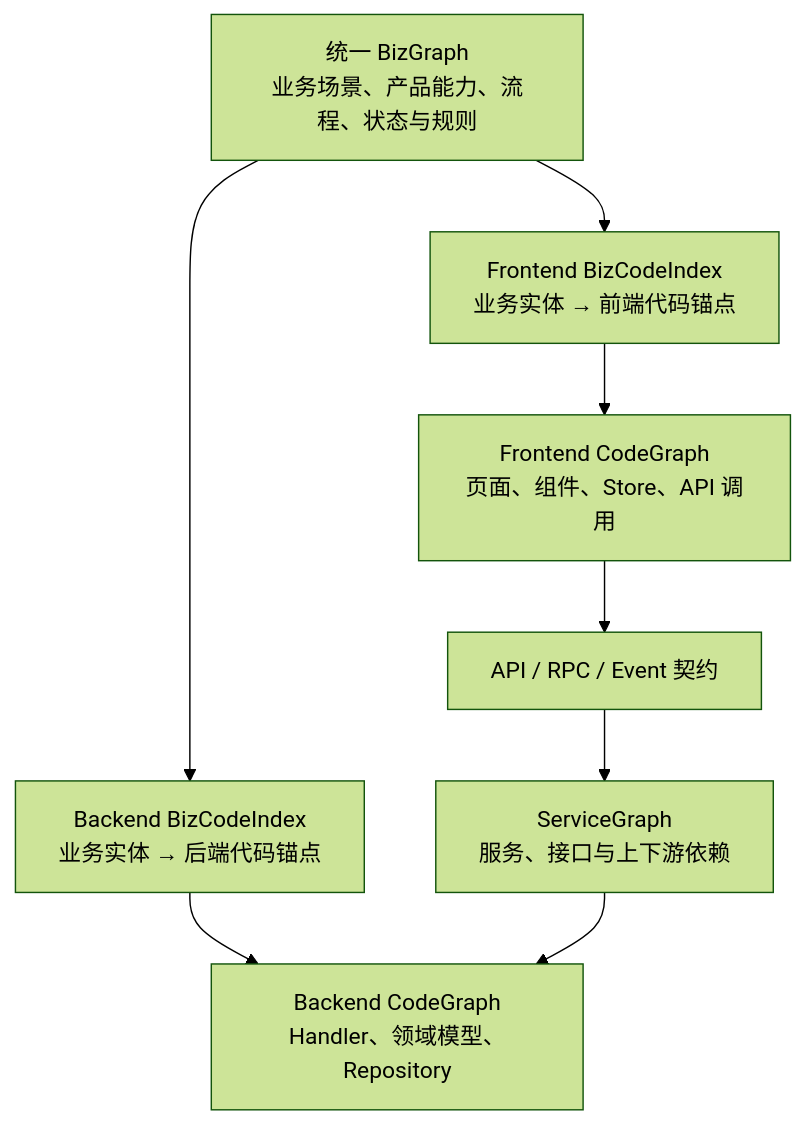
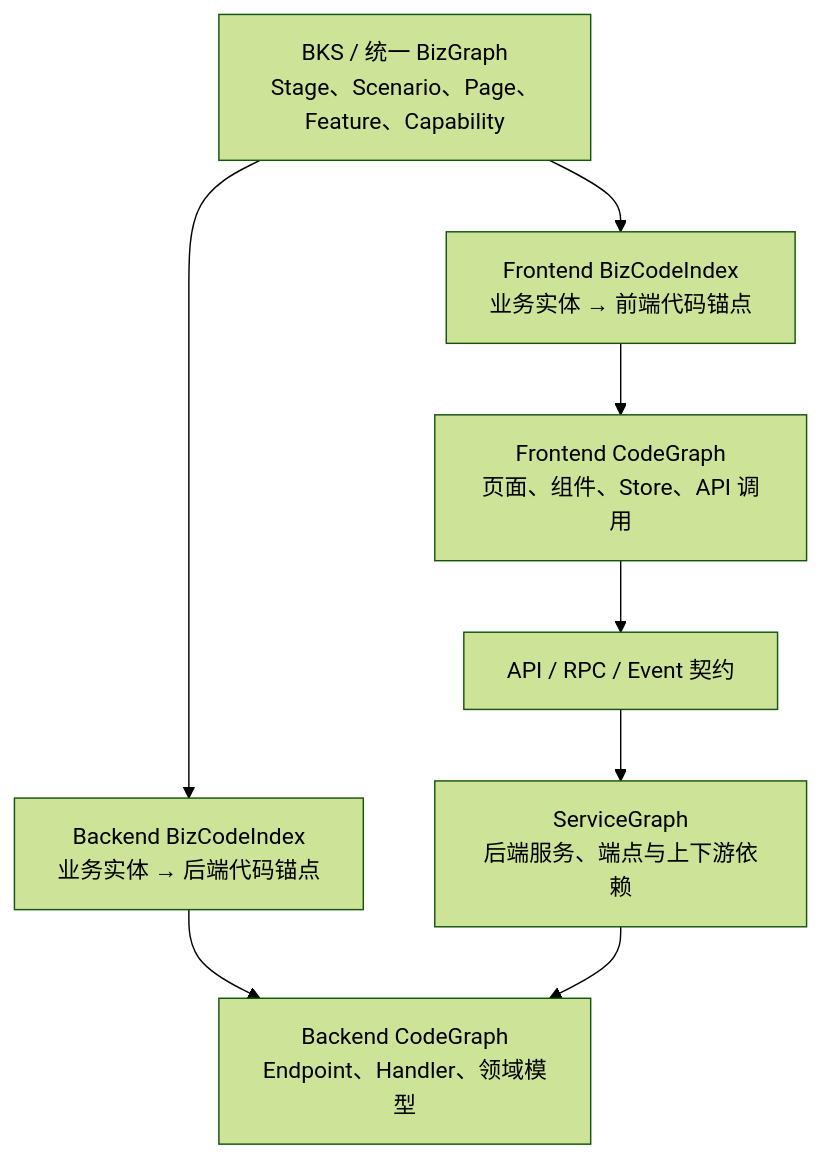
One commit to CommanderXL/study changed the diagram in AI/知识图谱.md. Above: the diagram before and after it, drawn with Mermaid (forest theme). The commit also changed other lines of this file and 1 other file, not shown here.

````diff
--- a/AI/知识图谱.md
+++ b/AI/知识图谱.md
@@ -158,17 +189,17 @@
-```mermaid
+~~~mermaid
 flowchart TD
-    B["统一 BizGraph<br/>业务场景、产品能力、流程、状态与规则"]
+    B["BKS / 统一 BizGraph<br/>Stage、Scenario、Page、Feature、Capability"]
 
     FBI["Frontend BizCodeIndex<br/>业务实体 → 前端代码锚点"]
     BBI["Backend BizCodeIndex<br/>业务实体 → 后端代码锚点"]
 
     FCG["Frontend CodeGraph<br/>页面、组件、Store、API 调用"]
-    BCG["Backend CodeGraph<br/>Handler、领域模型、Repository"]
+    BCG["Backend CodeGraph<br/>Endpoint、Handler、领域模型"]
 
     CONTRACT["API / RPC / Event 契约"]
-    SG["ServiceGraph<br/>服务、接口与上下游依赖"]
+    SG["ServiceGraph<br/>后端服务、端点与上下游依赖"]
 
     B --> FBI --> FCG
     B --> BBI --> BCG
     FCG --> CONTRACT --> SG --> BCG
-```
+~~~
````
